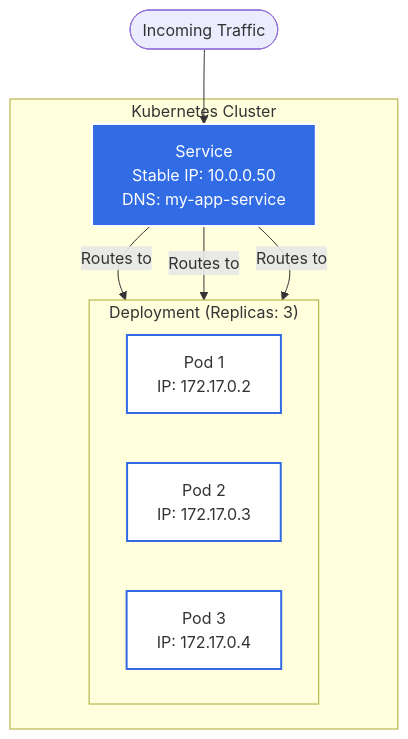
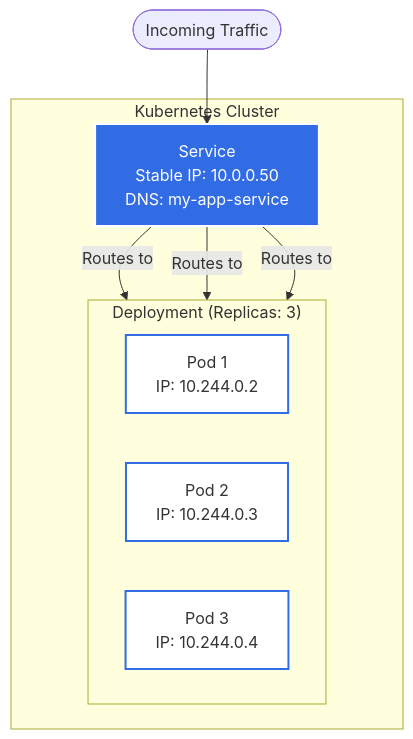
The first of 2 diagrams in _posts/2026-03-02-kubernetes-designed-to-be-invisible.md (b0yu-li/b0yu-li.github.io), drawn with Mermaid before and after one commit. The commit also changed other lines of this file, not shown here.

Commit message:
fix: Update IP addresses in Kubernetes mermaid diagram for accuracy and clarify the relationship between worker nodes and the API

````diff
--- a/_posts/2026-03-02-kubernetes-designed-to-be-invisible.md
+++ b/_posts/2026-03-02-kubernetes-designed-to-be-invisible.md
@@ -109,24 +109,24 @@
 ```mermaid
 flowchart TD
     Traffic([Incoming Traffic]) --> Svc
 
     subgraph "Kubernetes Cluster"
         Svc[Service<br/>Stable IP: 10.0.0.50<br/>DNS: my-app-service]
 
         subgraph "Deployment (Replicas: 3)"
             direction LR
-            P1[Pod 1<br/>IP: 172.17.0.2]
-            P2[Pod 2<br/>IP: 172.17.0.3]
-            P3[Pod 3<br/>IP: 172.17.0.4]
+            P1[Pod 1<br/>IP: 10.244.0.2]
+            P2[Pod 2<br/>IP: 10.244.0.3]
+            P3[Pod 3<br/>IP: 10.244.0.4]
         end
 
         Svc -->|Routes to| P1
         Svc -->|Routes to| P2
         Svc -->|Routes to| P3
     end
 
     classDef service fill:#326ce5,stroke:#fff,stroke-width:2px,color:#fff;
     classDef pod fill:#fff,stroke:#326ce5,stroke-width:2px,color:#333;
     class Svc service;
     class P1,P2,P3 pod;
 ```
````
